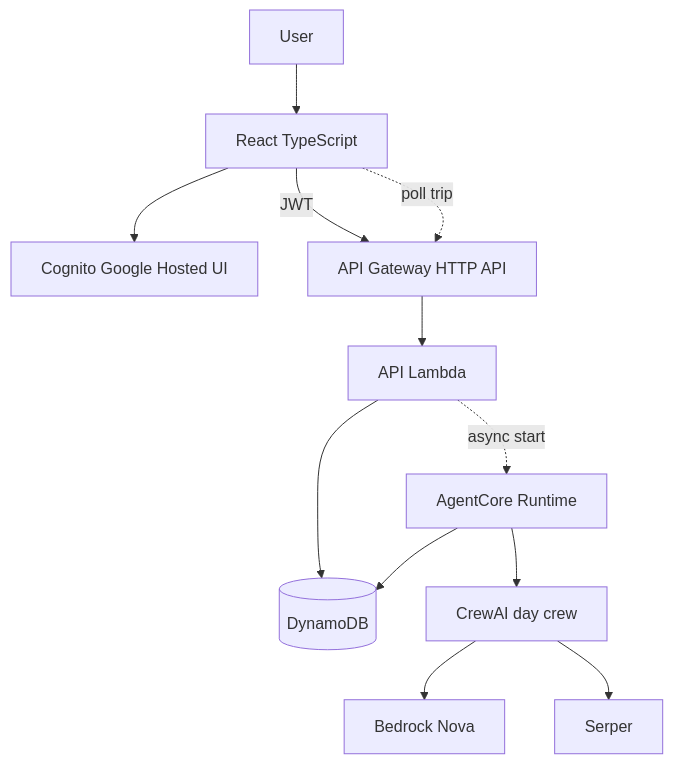
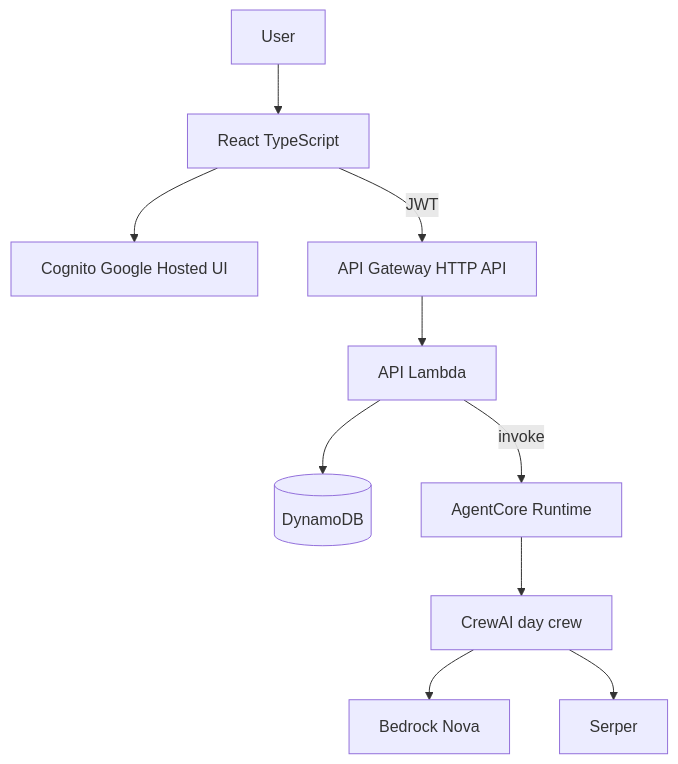
The first of 2 diagrams in README.md (YukiUmetsu/vacation-planner-crewai), drawn with Mermaid before and after one commit. The commit also changed other lines of this file and 7 other files, not shown here.

````diff
--- a/README.md
+++ b/README.md
@@ -46,14 +46,12 @@
 ```mermaid
 flowchart TB
   user[User] --> spa[React TypeScript]
   spa --> cognito[Cognito Google Hosted UI]
   spa -->|"JWT"| apigw[API Gateway HTTP API]
   apigw --> api[API Lambda]
   api --> ddb[(DynamoDB)]
-  api -.->|"async start"| runtime[AgentCore Runtime]
+  api -->|"invoke"| runtime[AgentCore Runtime]
   runtime --> crew[CrewAI day crew]
-  runtime --> ddb
   crew --> bedrock[Bedrock Nova]
   crew --> serper[Serper]
-  spa -.->|"poll trip"| apigw
 ```
````
